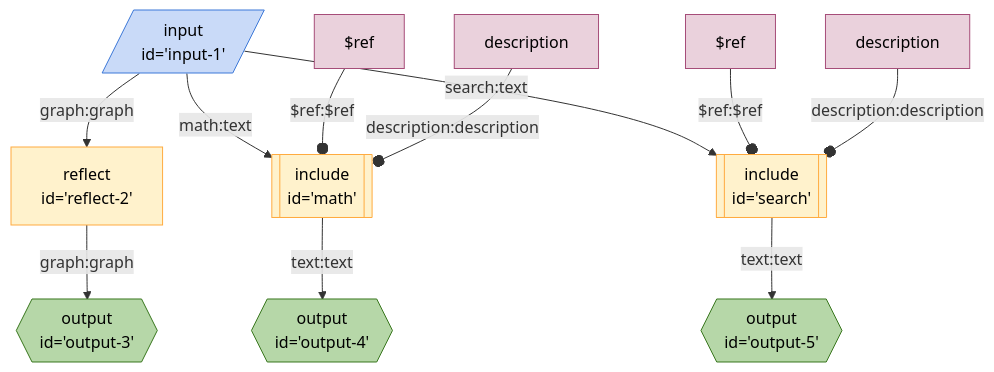
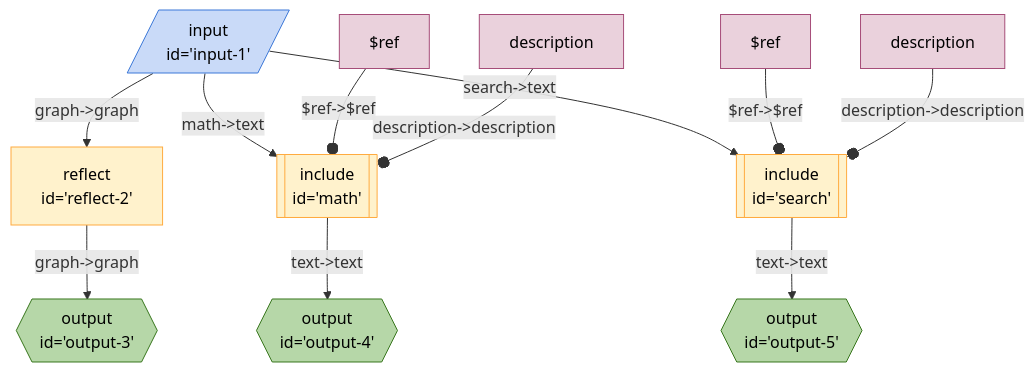
Before and after one commit to breadboard-ai/breadboard: the diagram in seeds/graph-playground/examples/tools.md, drawn with Mermaid. The commit also changed 41 other files, not shown here.

````diff
--- a/seeds/graph-playground/examples/tools.md
+++ b/seeds/graph-playground/examples/tools.md
@@ -3,34 +3,34 @@
 ```mermaid
 %%{init: 'themeVariables': { 'fontFamily': 'Fira Code, monospace' }}%%
 graph TD;
 reflect2["reflect
-id='reflect-2'"] -- graph:graph --> output3{{"output
+id='reflect-2'"] -- "graph->graph" --> output3{{"output
 id='output-3'"}}:::output
 input1[/"input
-id='input-1'"/]:::input -- graph:graph --> reflect2["reflect
+id='input-1'"/]:::input -- "graph->graph" --> reflect2["reflect
 id='reflect-2'"]
 math[["include
-id='math'"]]:::include -- text:text --> output4{{"output
+id='math'"]]:::include -- "text->text" --> output4{{"output
 id='output-4'"}}:::output
 input1[/"input
-id='input-1'"/]:::input -- math:text --> math[["include
+id='input-1'"/]:::input -- "math->text" --> math[["include
 id='math'"]]:::include
 search[["include
-id='search'"]]:::include -- text:text --> output5{{"output
+id='search'"]]:::include -- "text->text" --> output5{{"output
 id='output-5'"}}:::output
 input1[/"input
-id='input-1'"/]:::input -- search:text --> search[["include
+id='input-1'"/]:::input -- "search->text" --> search[["include
 id='search'"]]:::include
-$refsearch[$ref]:::config -- $ref:$ref --o search
-descriptionsearch[description]:::config -- description:description --o search
-$refmath[$ref]:::config -- $ref:$ref --o math
-descriptionmath[description]:::config -- description:description --o math
+$refsearch[$ref]:::config -- "$ref->$ref" --o search
+descriptionsearch[description]:::config -- "description->description" --o search
+$refmath[$ref]:::config -- "$ref->$ref" --o math
+descriptionmath[description]:::config -- "description->description" --o math
 classDef default stroke:#ffab40,fill:#fff2ccff,color:#000
 classDef input stroke:#3c78d8,fill:#c9daf8ff,color:#000
 classDef output stroke:#38761d,fill:#b6d7a8ff,color:#000
 classDef passthrough stroke:#a64d79,fill:#ead1dcff,color:#000
 classDef slot stroke:#a64d79,fill:#ead1dcff,color:#000
 classDef config stroke:#a64d79,fill:#ead1dcff,color:#000
 classDef secrets stroke:#db4437,fill:#f4cccc,color:#000
 classDef slotted stroke:#a64d79
 ```
````
